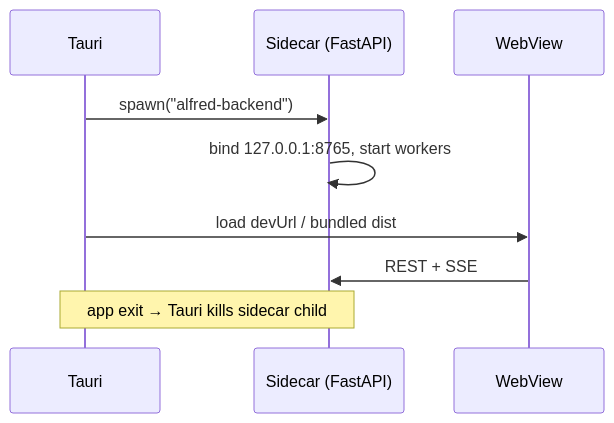
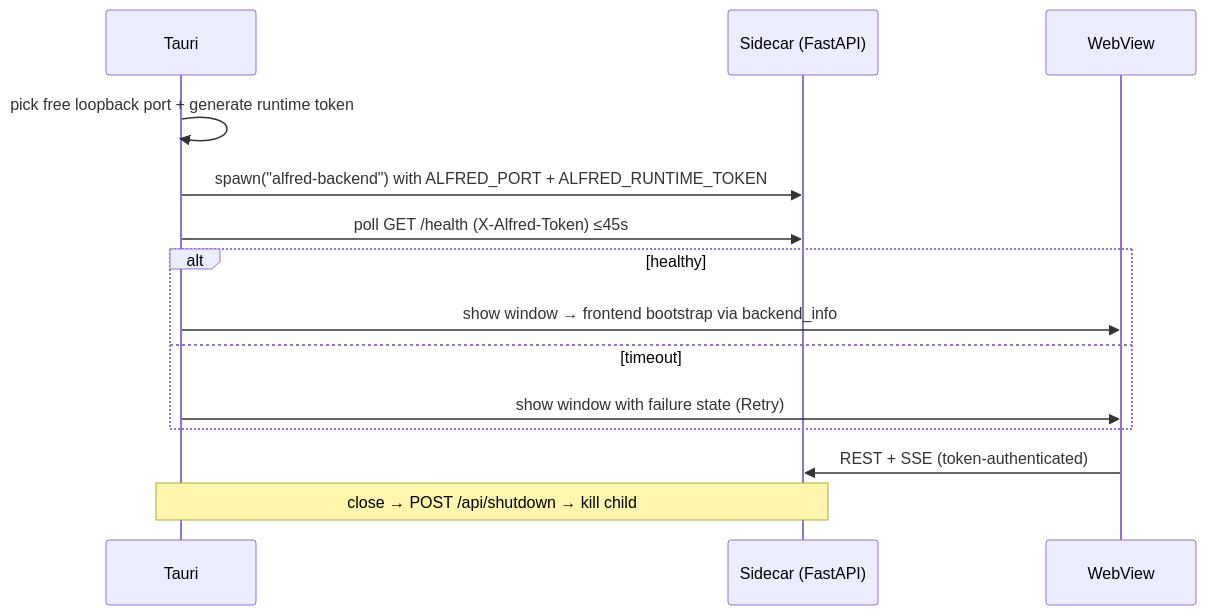
One commit to nipungoel24/alfred changed the diagram in docs/obsidian/02 - Architecture/Desktop Architecture.md. Above: the diagram before and after it, drawn with Mermaid. The commit also changed other lines of this file and 124 other files, not shown here.

Commit message:
docs: document Alfred native runtime, security model, and v0.1.0 release process

````diff
--- a/docs/obsidian/02 - Architecture/Desktop Architecture.md
+++ b/docs/obsidian/02 - Architecture/Desktop Architecture.md
@@ -24,11 +25,16 @@
 ```mermaid
 sequenceDiagram
     participant T as Tauri
     participant S as Sidecar (FastAPI)
     participant F as WebView
-    T->>S: spawn("alfred-backend")
-    S->>S: bind 127.0.0.1:8765, start workers
-    T->>F: load devUrl / bundled dist
-    F->>S: REST + SSE
-    Note over T,S: app exit → Tauri kills sidecar child
+    T->>T: pick free loopback port + generate runtime token
+    T->>S: spawn("alfred-backend") with ALFRED_PORT + ALFRED_RUNTIME_TOKEN
+    T->>S: poll GET /health (X-Alfred-Token) ≤45s
+    alt healthy
+        T->>F: show window → frontend bootstrap via backend_info
+    else timeout
+        T->>F: show window with failure state (Retry)
+    end
+    F->>S: REST + SSE (token-authenticated)
+    Note over T,S: close → POST /api/shutdown → kill child
 ```
````
